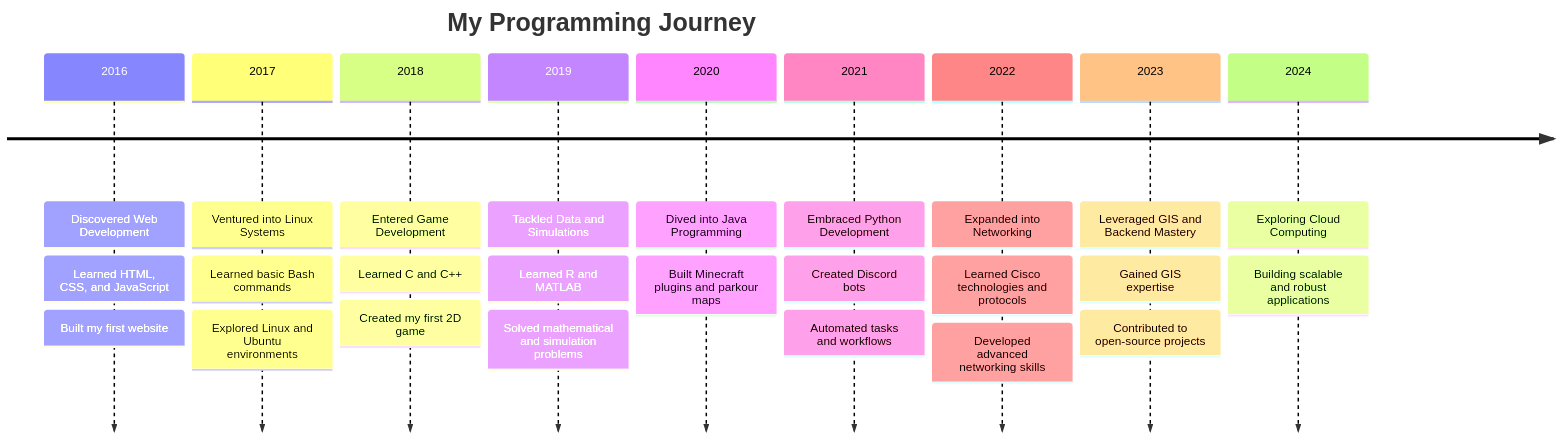
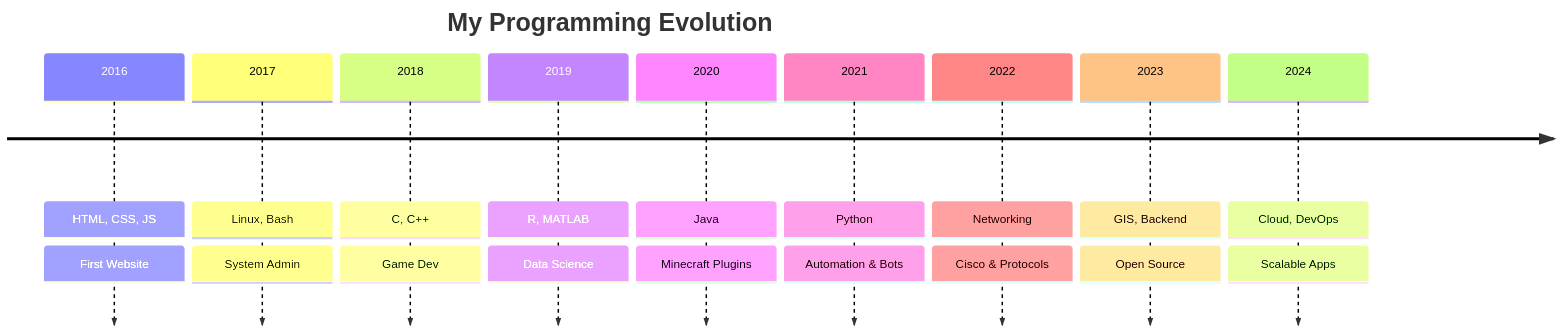
The diagram in README.md (ExceptedPrism3/ExceptedPrism3), drawn with Mermaid before and after one commit. The commit also changed other lines of this file and 2 other files, not shown here.

````diff
--- a/README.md
+++ b/README.md
@@ -112,29 +122,13 @@
 ```mermaid
 timeline
-    title My Programming Journey
-    2016 : Discovered Web Development
-         : Learned HTML, CSS, and JavaScript
-         : Built my first website
-    2017 : Ventured into Linux Systems
-         : Learned basic Bash commands
-         : Explored Linux and Ubuntu environments
-    2018 : Entered Game Development
-         : Learned C and C++
-         : Created my first 2D game
-    2019 : Tackled Data and Simulations
-         : Learned R and MATLAB
-         : Solved mathematical and simulation problems
-    2020 : Dived into Java Programming
-         : Built Minecraft plugins and parkour maps
-    2021 : Embraced Python Development
-         : Created Discord bots
-         : Automated tasks and workflows
-    2022 : Expanded into Networking
-         : Learned Cisco technologies and protocols
-         : Developed advanced networking skills
-    2023 : Leveraged GIS and Backend Mastery
-         : Gained GIS expertise
-         : Contributed to open-source projects
-    2024 : Exploring Cloud Computing
-         : Building scalable and robust applications
+    title My Programming Evolution
+    2016 : HTML, CSS, JS : First Website
+    2017 : Linux, Bash : System Admin
+    2018 : C, C++ : Game Dev
+    2019 : R, MATLAB : Data Science
+    2020 : Java : Minecraft Plugins
+    2021 : Python : Automation & Bots
+    2022 : Networking : Cisco & Protocols
+    2023 : GIS, Backend : Open Source
+    2024 : Cloud, DevOps : Scalable Apps
 ```
````
